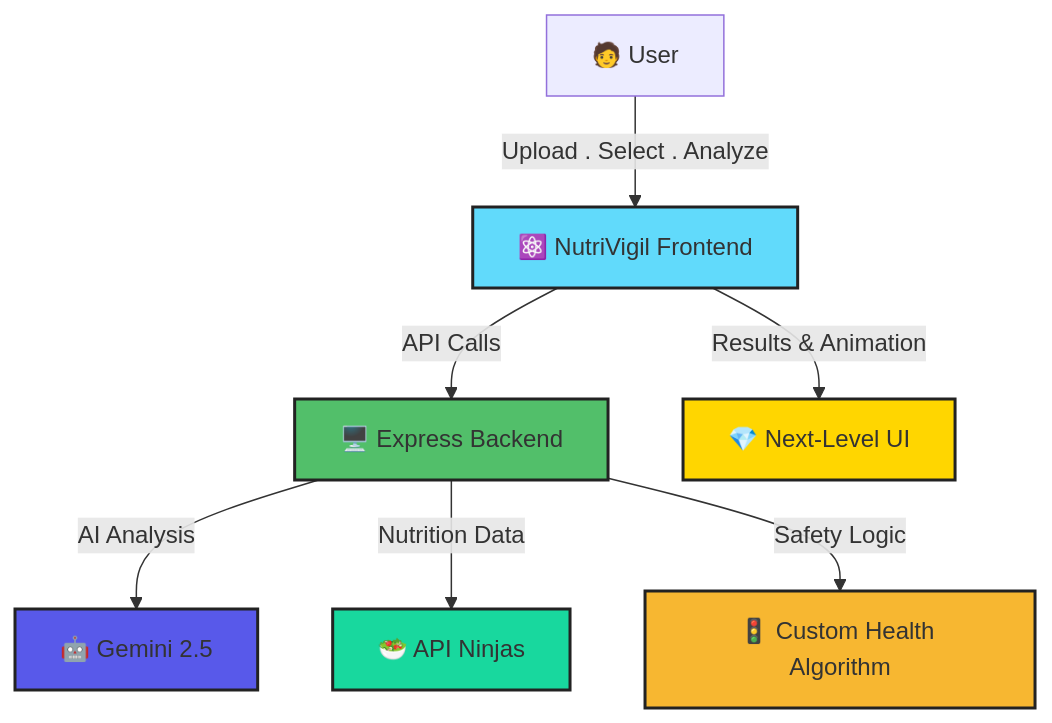
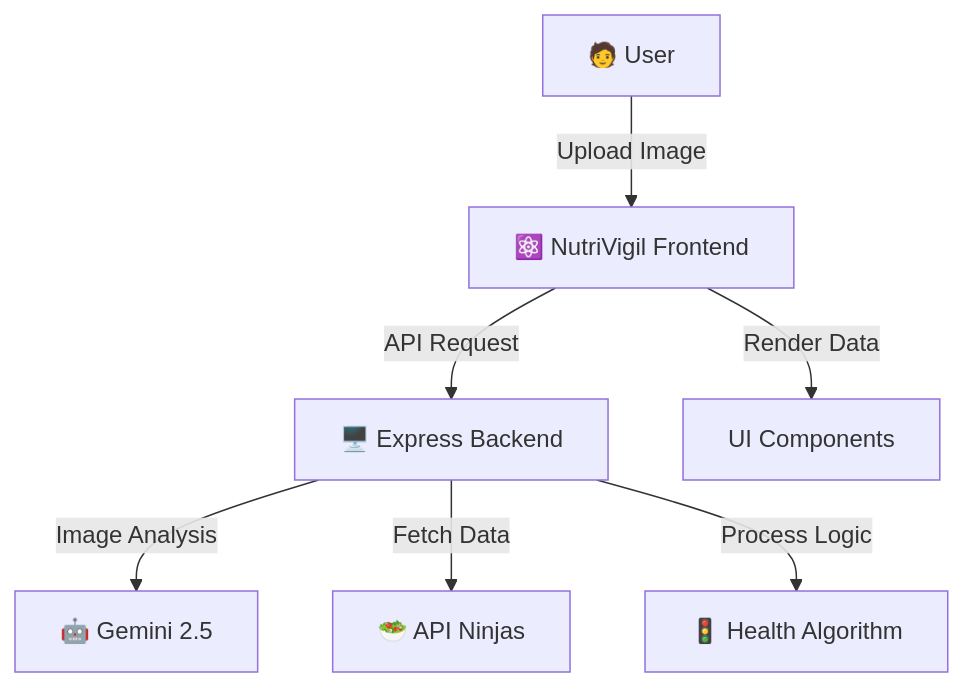
Before and after one commit to Dipanita45/Nutrivigil: the diagram in README.md, drawn with Mermaid. The commit also changed other lines of this file, not shown here.

````diff
--- a/README.md
+++ b/README.md
@@ -61,23 +51,10 @@
 ```mermaid
 graph TD
-  U[🧑 User] -->|Upload . Select . Analyze| FE[⚛️ NutriVigil Frontend]
-  FE -->|API Calls| BE[🖥️ Express Backend]
-  BE -->|AI Analysis| AI[🤖 Gemini 2.5]
-  BE -->|Nutrition Data| API[🥗 API Ninjas]
-  BE -->|Safety Logic| LOGIC[🚦 Custom Health Algorithm]
-  FE -->|Results & Animation| UX[💎 Next-Level UI]
+  U[🧑 User] -->|Upload Image| FE[⚛️ NutriVigil Frontend]
+  FE -->|API Request| BE[🖥️ Express Backend]
+  BE -->|Image Analysis| AI[🤖 Gemini 2.5]
+  BE -->|Fetch Data| API[🥗 API Ninjas]
+  BE -->|Process Logic| LOGIC[🚦 Health Algorithm]
+  FE -->|Render Data| UX[UI Components]
 
-  classDef frontend fill:#61dafb,stroke:#222,stroke-width:2px;
-  classDef backend fill:#52BF6A,stroke:#222,stroke-width:2px;
-  classDef ai fill:#5859EA,stroke:#222,stroke-width:2px;
-  classDef api fill:#18D89E,stroke:#222,stroke-width:2px;
-  classDef logic fill:#F7B731,stroke:#222,stroke-width:2px;
-  classDef ux fill:#FFD600,stroke:#222,stroke-width:2px;
-
-  class FE frontend
-  class BE backend
-  class AI ai
-  class API api
-  class LOGIC logic
-  class UX ux
 ```
````
